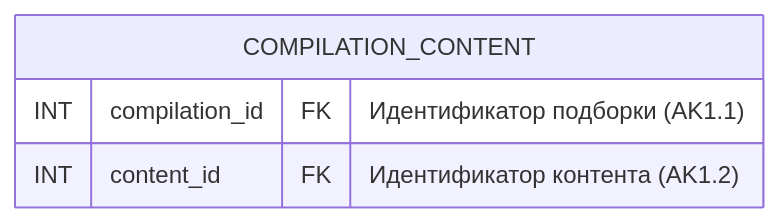
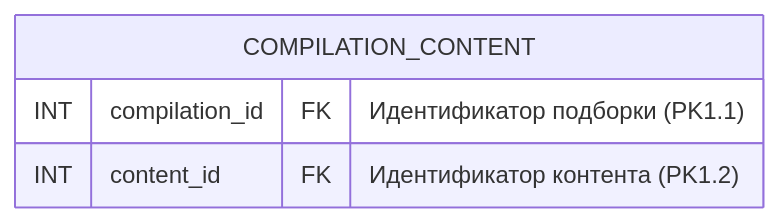
Diagram 16 of 21 in db/normalized/relations.md (go-park-mail-ru/2024_1_Cyberkotletki), drawn with Mermaid before and after one commit. The commit also changed other lines of this file and 2 other files, not shown here.

````diff
--- a/db/normalized/relations.md
+++ b/db/normalized/relations.md
@@ -417,7 +417,7 @@
 ```mermaid
 erDiagram
     COMPILATION_CONTENT {
-        INT compilation_id FK "Идентификатор подборки (AK1.1)"
-        INT content_id FK "Идентификатор контента (AK1.2)"
+        INT compilation_id FK "Идентификатор подборки (PK1.1)"
+        INT content_id FK "Идентификатор контента (PK1.2)"
     }
 ```
````
